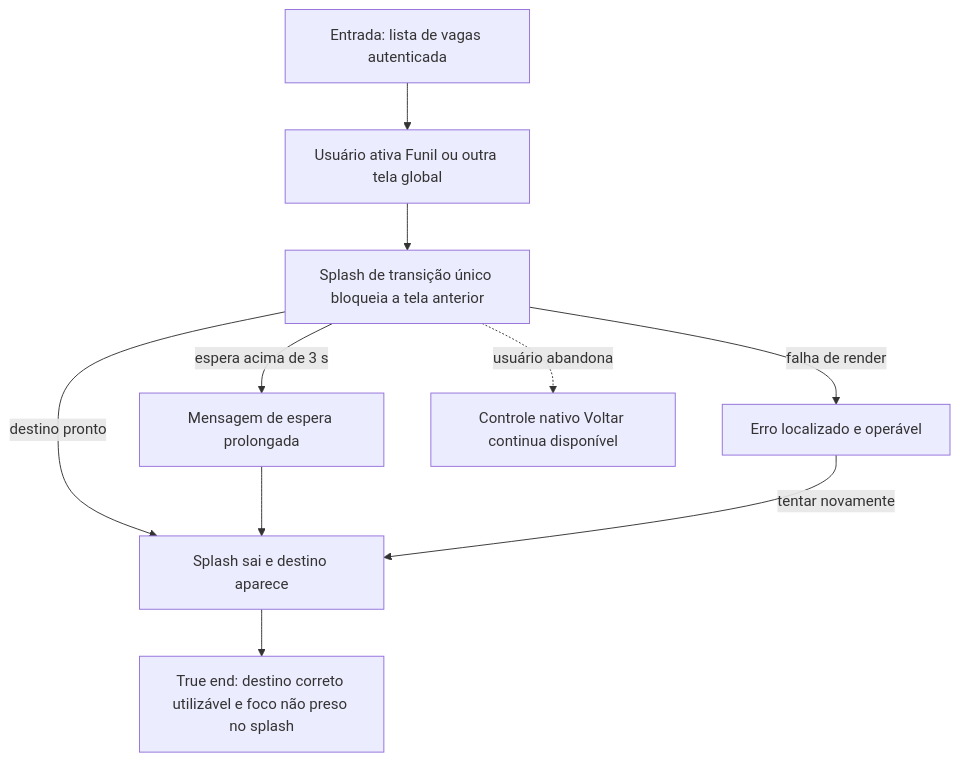
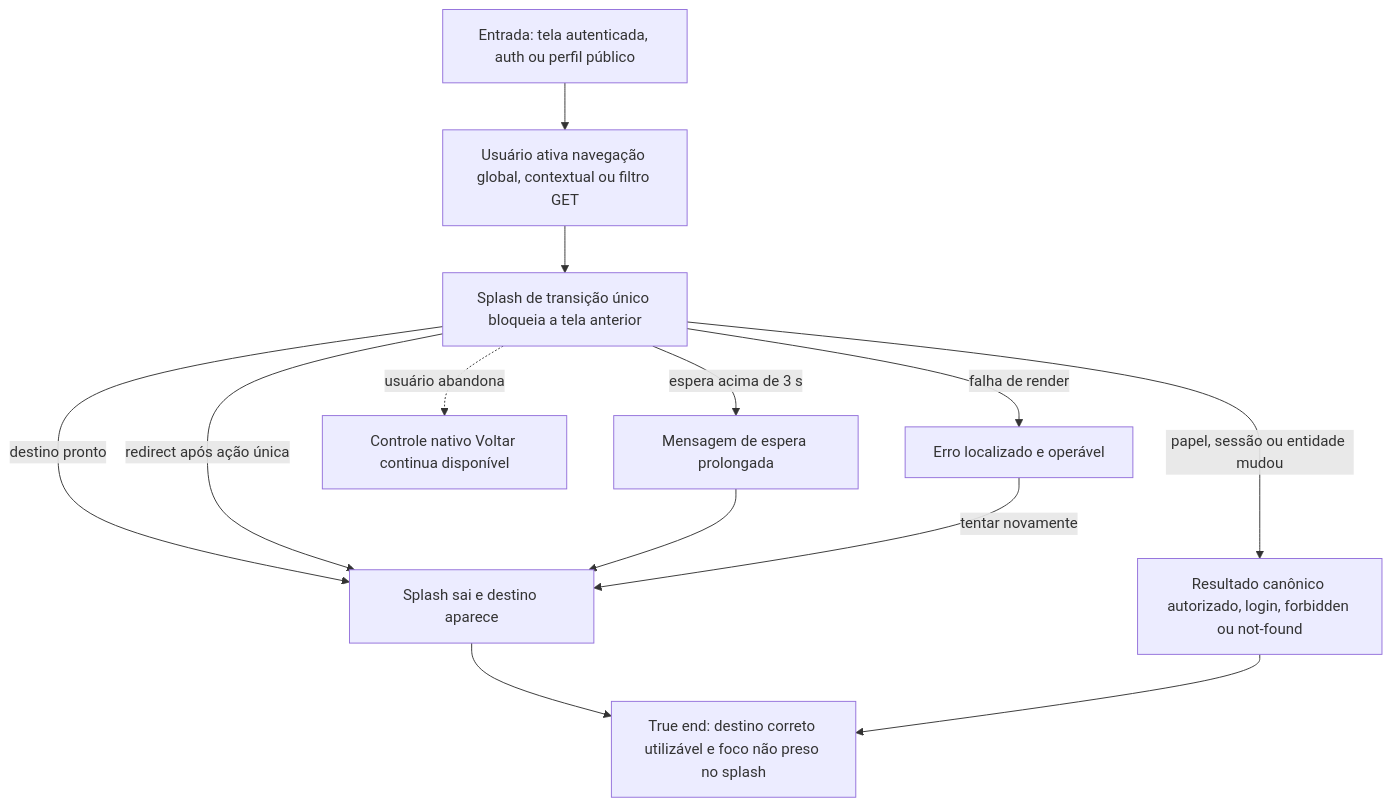
The diagram in docs/qa/journeys/J-switch-workspace-screen.md (andreustimm/master-jobs), drawn with Mermaid before and after one commit. The commit also changed other lines of this file and 50 other files, not shown here.

````diff
--- a/docs/qa/journeys/J-switch-workspace-screen.md
+++ b/docs/qa/journeys/J-switch-workspace-screen.md
@@ -3,12 +3,15 @@
 ```mermaid
 flowchart TD
-    A[Entrada: lista de vagas autenticada] --> B[Usuário ativa Funil ou outra tela global]
+    A[Entrada: tela autenticada, auth ou perfil público] --> B[Usuário ativa navegação global, contextual ou filtro GET]
     B --> C[Splash de transição único bloqueia a tela anterior]
     C -->|destino pronto| D[Splash sai e destino aparece]
+    C -->|redirect após ação única| D
+    C -->|papel, sessão ou entidade mudou| H[Resultado canônico autorizado, login, forbidden ou not-found]
     C -->|espera acima de 3 s| E[Mensagem de espera prolongada]
     E --> D
     C -->|falha de render| F[Erro localizado e operável]
     F -->|tentar novamente| D
     C -.->|usuário abandona| X[Controle nativo Voltar continua disponível]
     D --> G[True end: destino correto utilizável e foco não preso no splash]
+    H --> G
 ```
````
